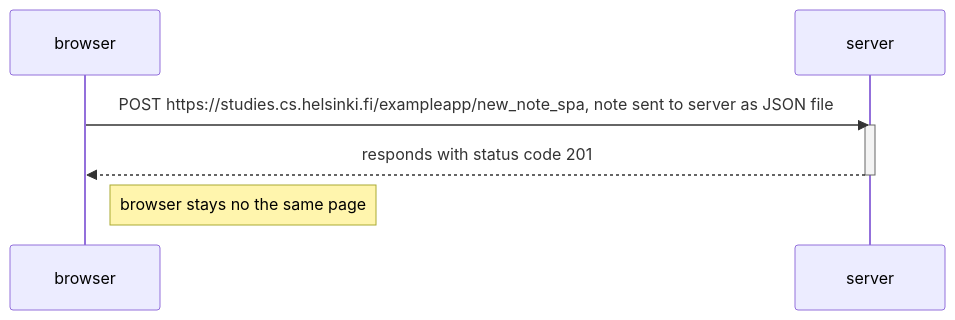
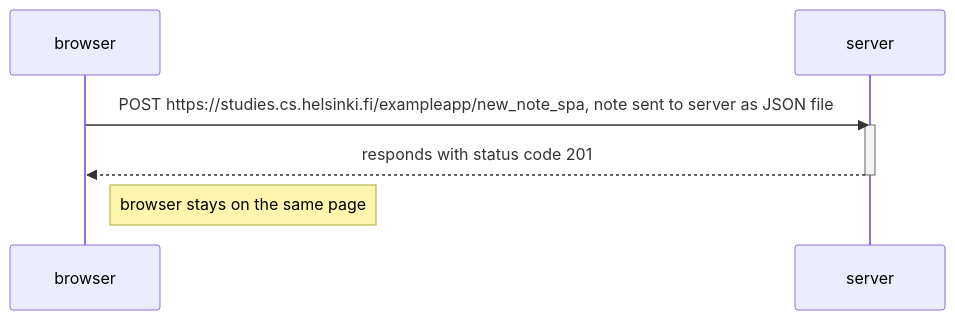
Before and after one commit to dwahroianmai/fullstackopen: the diagram in part0/spa_new_note06.md, drawn with Mermaid.

````diff
--- a/part0/spa_new_note06.md
+++ b/part0/spa_new_note06.md
@@ -3,12 +3,12 @@
 ```mermaid
 sequenceDiagram
     participant browser
     participant server
 
     browser->>server: POST https://studies.cs.helsinki.fi/exampleapp/new_note_spa, note sent to server as JSON file
     activate server
     server-->>browser: responds with status code 201
     deactivate server
 
-    Note right of browser: browser stays no the same page
+    Note right of browser: browser stays on the same page
 ```
````
